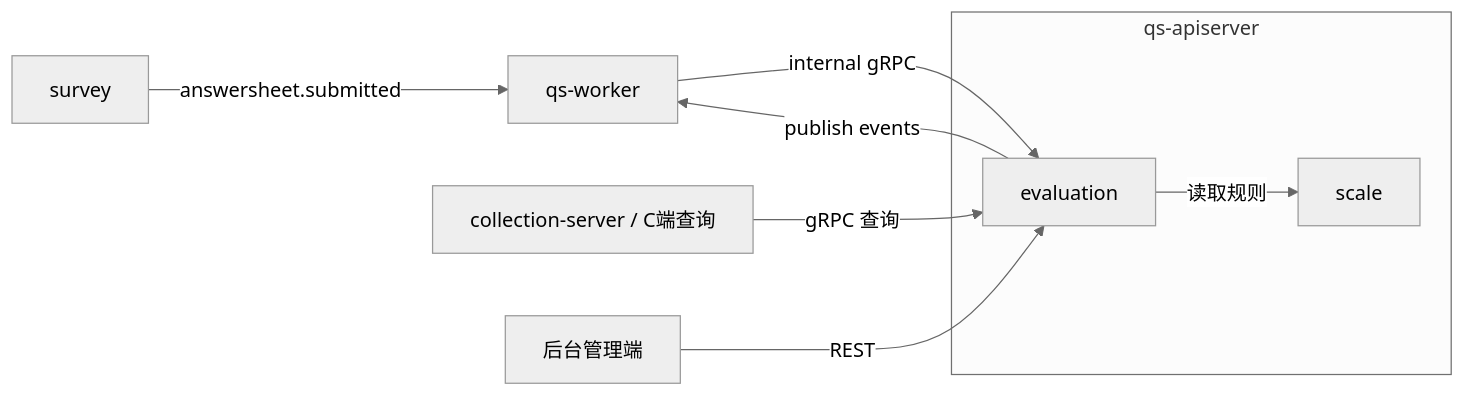
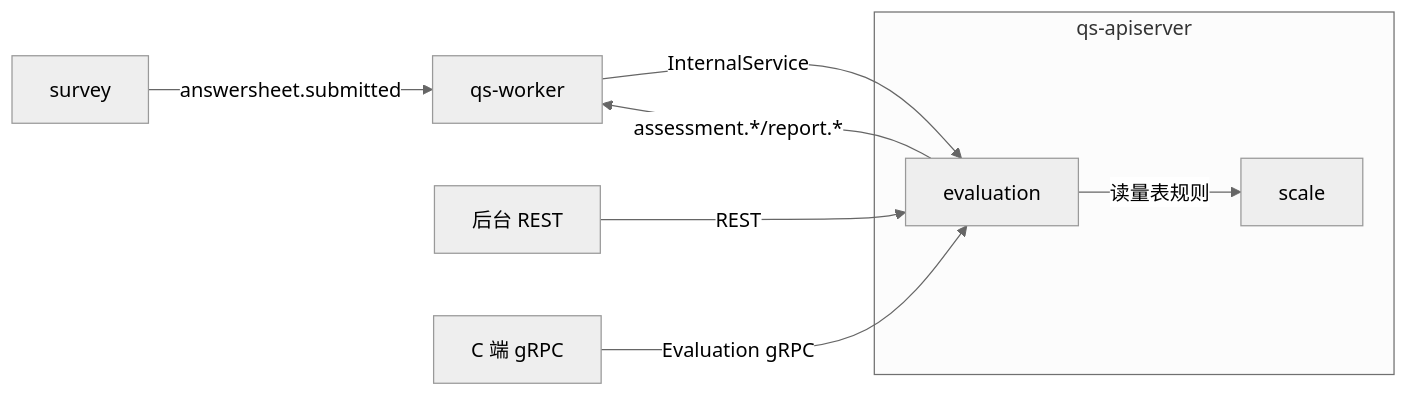
One commit to FangcunMount/qs-server changed the first of 4 diagrams in docs/02-业务模块/03-evaluation.md. Above: the diagram before and after it, drawn with Mermaid (neutral theme). The commit also changed other lines of this file and 34 other files, not shown here.

````diff
--- a/docs/02-业务模块/03-evaluation.md
+++ b/docs/02-业务模块/03-evaluation.md
@@ -43,19 +27,17 @@
 ```mermaid
 flowchart LR
     survey[survey]
     worker[qs-worker]
-    client[collection-server / C端查询]
-    admin[后台管理端]
-
+    admin[后台 REST]
+    client[C 端 gRPC]
     subgraph apiserver[qs-apiserver]
         evaluation[evaluation]
         scale[scale]
     end
-
     survey -->|answersheet.submitted| worker
-    worker -->|internal gRPC| evaluation
+    worker -->|InternalService| evaluation
     admin -->|REST| evaluation
-    client -->|gRPC 查询| evaluation
-    evaluation -->|读取规则| scale
-    evaluation -->|publish events| worker
+    client -->|Evaluation gRPC| evaluation
+    evaluation -->|读量表规则| scale
+    evaluation -->|assessment.*/report.*| worker
 ```
````
